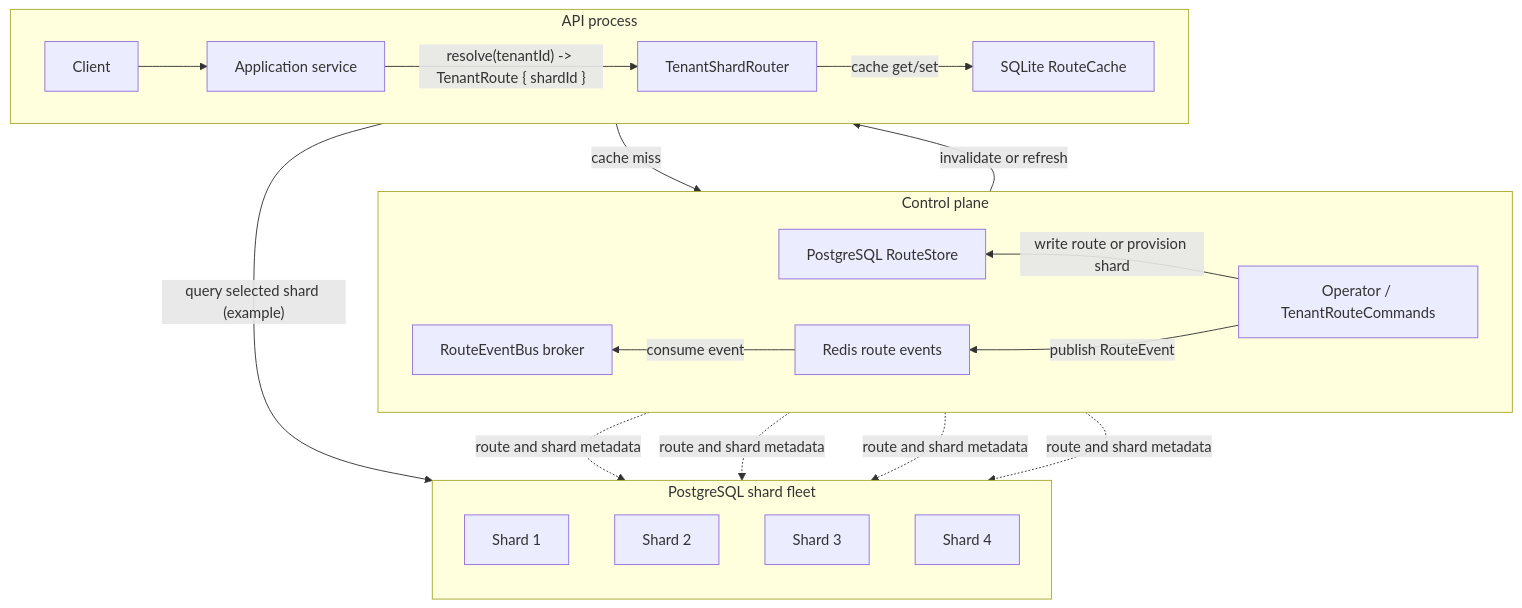
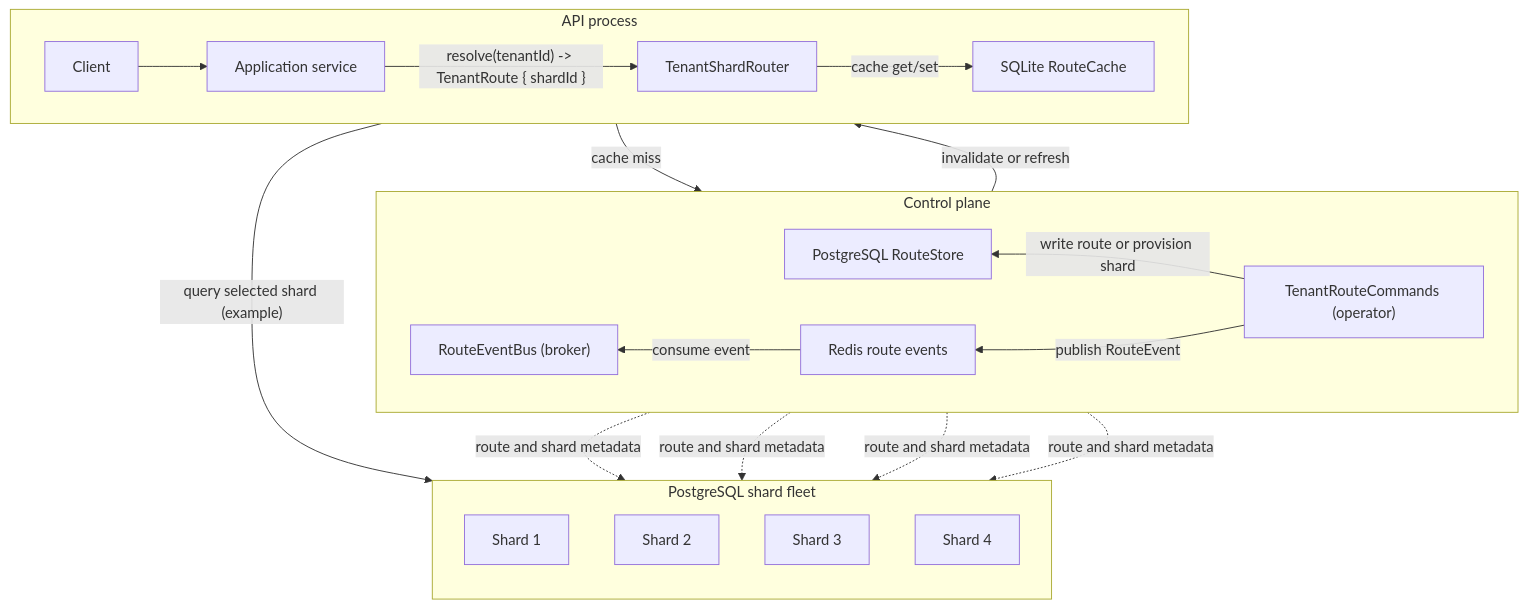
One commit to wei-yuuuu/tenant-router changed the diagram in README.md. Above: the diagram before and after it, drawn with Mermaid.

Commit message:
docs: use code names in architecture

````diff
--- a/README.md
+++ b/README.md
@@ -17,33 +17,33 @@
 ```mermaid
 flowchart TB
   subgraph ControlPlane["Control plane"]
     direction RL
-    Operator["Operator / TenantRouteCommands"] -->|"write route or provision shard"| Store["PostgreSQL RouteStore"]
+    Operator["TenantRouteCommands (operator)"] -->|"write route or provision shard"| Store["PostgreSQL RouteStore"]
     Operator -->|"publish RouteEvent"| Redis["Redis route events"]
-    Redis -->|"consume event"| Broker["RouteEventBus broker"]
+    Redis -->|"consume event"| Broker["RouteEventBus (broker)"]
   end
 
   subgraph DataPlane["API process"]
     direction LR
     Client["Client"] --> API["Application service"]
     API -->|"resolve(tenantId) -> TenantRoute { shardId }"| Router["TenantShardRouter"]
     Router -->|"cache get/set"| Cache["SQLite RouteCache"]
     Router -->|"cache miss"| Store
   end
 
   Broker -->|"invalidate or refresh"| Router
 
   subgraph ShardFleet["PostgreSQL shard fleet"]
     direction TB
     Shard1["Shard 1"]
     Shard2["Shard 2"]
     Shard3["Shard 3"]
     Shard4["Shard 4"]
   end
 
   Store -. "route and shard metadata" .-> Shard1
   Store -. "route and shard metadata" .-> Shard2
   Store -. "route and shard metadata" .-> Shard3
   Store -. "route and shard metadata" .-> Shard4
   API -->|"query selected shard (example)"| Shard2
 ```
````
